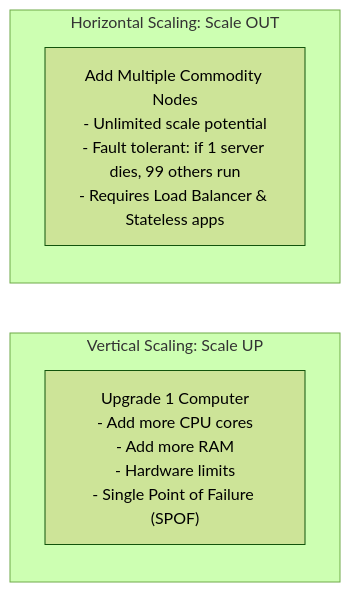
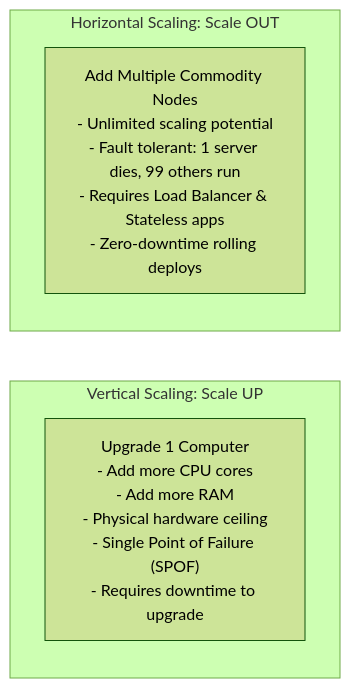
Diagram 21 of 27 in README.md (Sujalkathait/high-level-design), drawn with Mermaid (forest theme) before and after one commit. The commit also changed other lines of this file, not shown here.

Commit message:
docs: explain modular monolith, 1 server capacity limits, latency/throughput math & scaling decision tree

````diff
--- a/README.md
+++ b/README.md
@@ -808,10 +834,10 @@
 ```mermaid
 graph LR
     subgraph Vertical [Vertical Scaling: Scale UP]
-        V1["Upgrade 1 Computer\n- Add more CPU cores\n- Add more RAM\n- Hardware limits\n- Single Point of Failure (SPOF)"]
+        V1["Upgrade 1 Computer\n- Add more CPU cores\n- Add more RAM\n- Physical hardware ceiling\n- Single Point of Failure (SPOF)\n- Requires downtime to upgrade"]
     end
 
     subgraph Horizontal [Horizontal Scaling: Scale OUT]
-        H1["Add Multiple Commodity Nodes\n- Unlimited scale potential\n- Fault tolerant: if 1 server dies, 99 others run\n- Requires Load Balancer & Stateless apps"]
+        H1["Add Multiple Commodity Nodes\n- Unlimited scaling potential\n- Fault tolerant: 1 server dies, 99 others run\n- Requires Load Balancer & Stateless apps\n- Zero-downtime rolling deploys"]
     end
 ```
````
